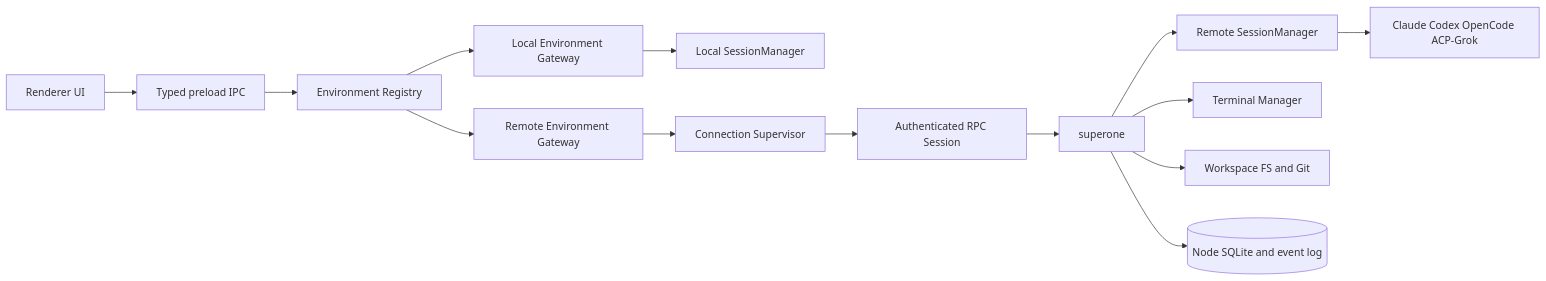
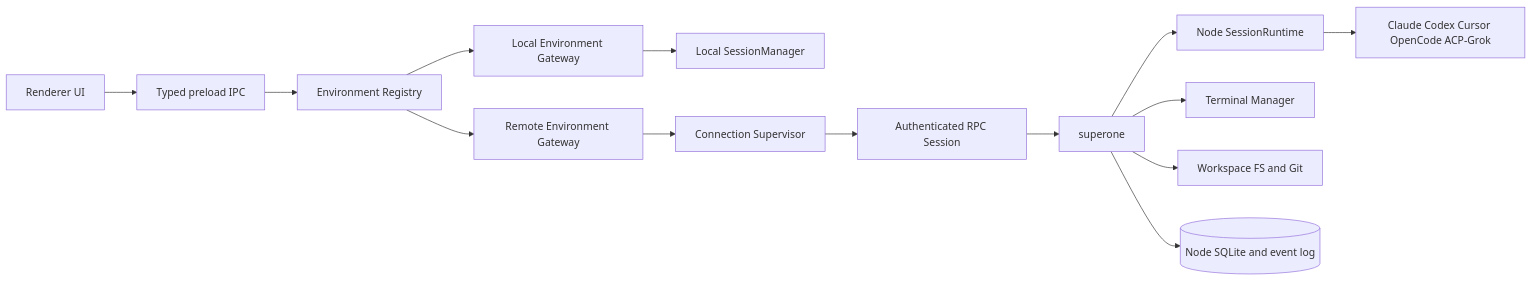
One commit to WHQ25/super-one changed the diagram in docs/architecture/remote-node-service.md. Above: the diagram before and after it, drawn with Mermaid. The commit also changed other lines of this file and 4 other files, not shown here.

First line of the commit message:
docs(remote): describe the remote node and runtime delivery as built

````diff
--- a/docs/architecture/remote-node-service.md
+++ b/docs/architecture/remote-node-service.md
@@ -108,16 +79,16 @@
 ```mermaid
 flowchart LR
     UI[Renderer UI] --> IPC[Typed preload IPC]
     IPC --> ER[Environment Registry]
     ER --> LG[Local Environment Gateway]
     ER --> RG[Remote Environment Gateway]
     LG --> LM[Local SessionManager]
     RG --> CS[Connection Supervisor]
     CS --> RPC[Authenticated RPC Session]
     RPC --> NODE[superone]
-    NODE --> RM[Remote SessionManager]
+    NODE --> RM[Node SessionRuntime]
     NODE --> TM[Terminal Manager]
     NODE --> FS[Workspace FS and Git]
     NODE --> DB[(Node SQLite and event log)]
-    RM --> H[Claude Codex OpenCode ACP-Grok]
+    RM --> H[Claude Codex Cursor OpenCode ACP-Grok]
 ```
````
